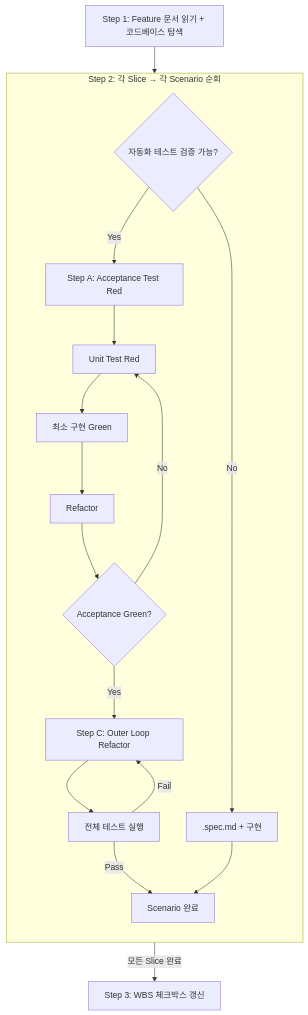
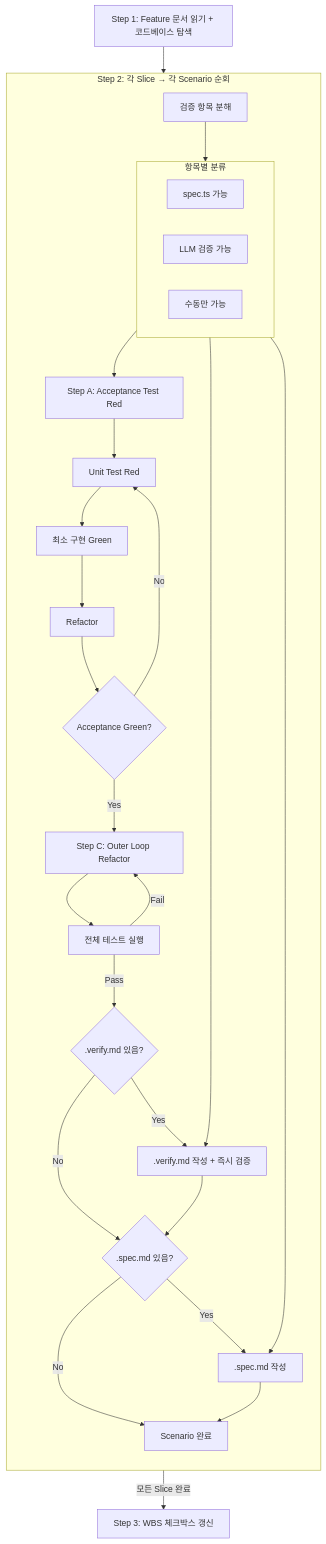
The diagram in .claude/skills/sd-dev-tdd/SKILL.md (kslhunter/simplysm), drawn with Mermaid before and after one commit. The commit also changed other lines of this file and 106 other files, not shown here.

````diff
--- a/.claude/skills/sd-dev-tdd/SKILL.md
+++ b/.claude/skills/sd-dev-tdd/SKILL.md
@@ -23,26 +23,40 @@
 ```mermaid
 flowchart TD
     S1[Step 1: Feature 문서 읽기 + 코드베이스 탐색] --> S2
 
     subgraph S2[Step 2: 각 Slice → 각 Scenario 순회]
         direction TB
-        VJ{자동화 테스트 검증 가능?}
+        DECOMP[검증 항목 분해] --> CLASSIFY
 
-        VJ -->|Yes| A[Step A: Acceptance Test Red]
+        subgraph CLASSIFY[항목별 분류]
+            direction LR
+            AUTO[spec.ts 가능]
+            LLM_V[LLM 검증 가능]
+            MANUAL[수동만 가능]
+        end
+
+        AUTO --> A[Step A: Acceptance Test Red]
         A --> UT[Unit Test Red]
         UT --> IMPL[최소 구현 Green]
         IMPL --> IREF[Refactor]
         IREF --> ACHK{Acceptance Green?}
         ACHK -->|No| UT
 
         ACHK -->|Yes| C[Step C: Outer Loop Refactor]
         C --> CRUN[전체 테스트 실행]
         CRUN -->|Fail| C
-        CRUN -->|Pass| DONE[Scenario 완료]
+        CRUN -->|Pass| VER_CHK{.verify.md 있음?}
 
-        VJ -->|No| SPEC[.spec.md + 구현]
-        SPEC --> DONE
+        LLM_V --> VERIFY[.verify.md 작성 + 즉시 검증]
+        MANUAL --> SPECMD[.spec.md 작성]
+
+        VER_CHK -->|Yes| VERIFY
+        VER_CHK -->|No| SPECMD_CHK{.spec.md 있음?}
+        VERIFY --> SPECMD_CHK
+        SPECMD_CHK -->|Yes| SPECMD
+        SPECMD_CHK -->|No| DONE[Scenario 완료]
+        SPECMD --> DONE
     end
 
     S2 -->|모든 Slice 완료| S3[Step 3: WBS 체크박스 갱신]
 ```
````
